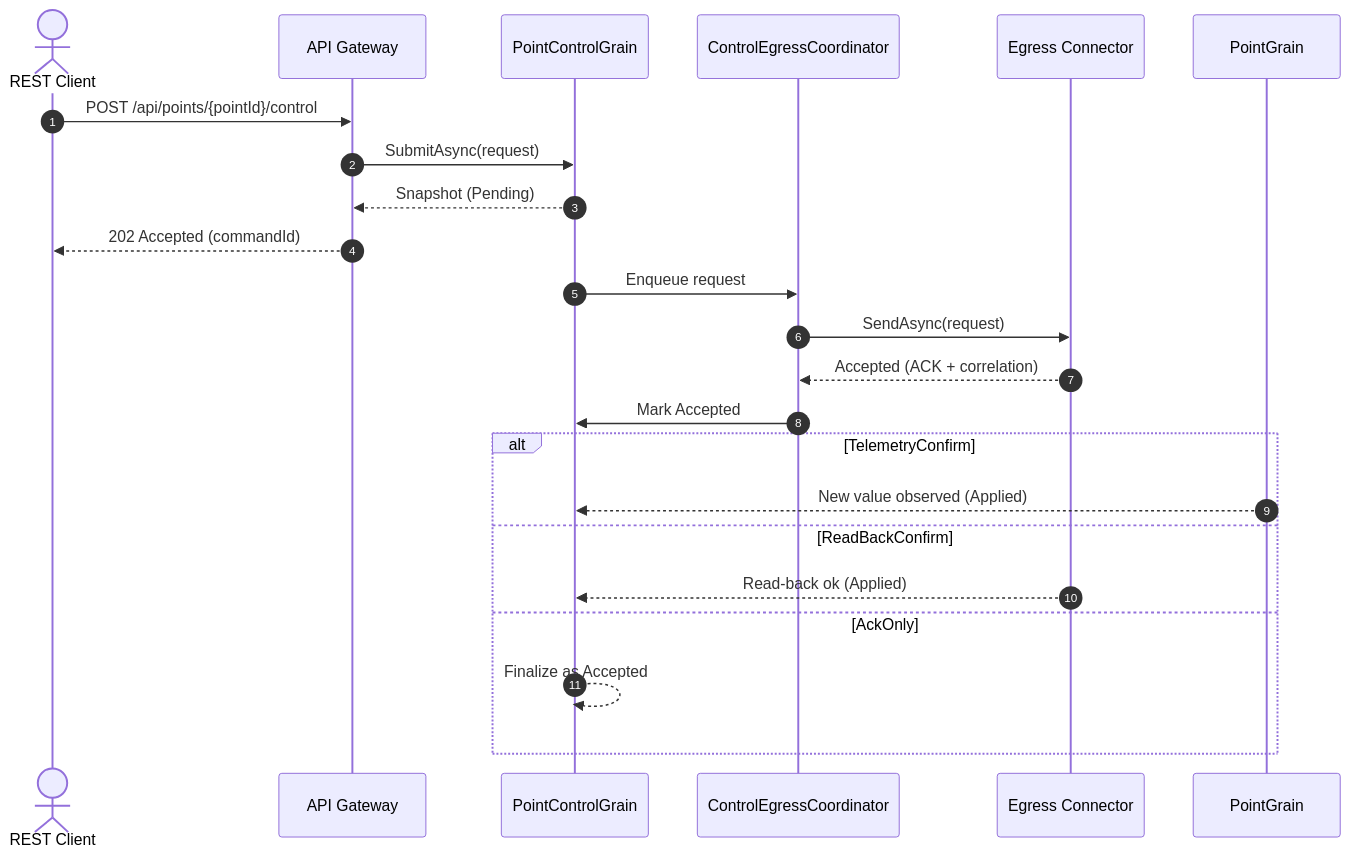
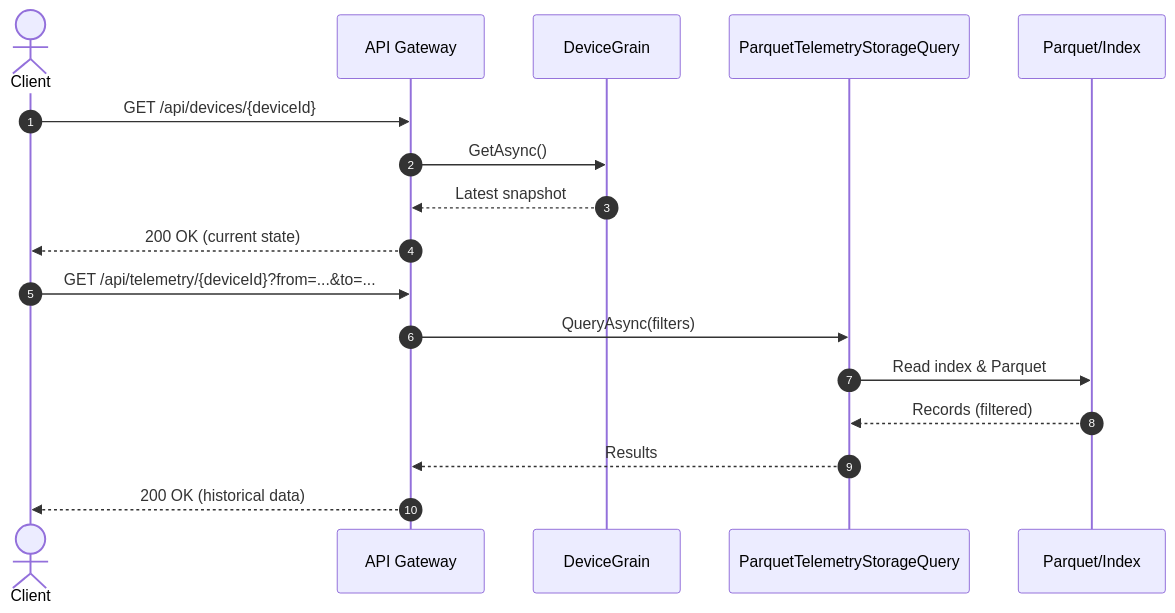
Before and after one commit to takashikasuya/orleans-telemetry-sample: the second of 4 diagrams in README.md, drawn with Mermaid. The commit also changed other lines of this file and 5 other files, not shown here.

````diff
--- a/README.md
+++ b/README.md
@@ -128,28 +372,23 @@
 ```mermaid
 sequenceDiagram
     autonumber
-    actor Client as REST Client
+    actor Client
     participant API as API Gateway
-    participant Ctrl as PointControlGrain
-    participant Egress as ControlEgressCoordinator
-    participant Conn as Egress Connector
-    participant Point as PointGrain
+    participant Dev as DeviceGrain
+    participant Query as ParquetTelemetryStorageQuery
+    participant Parquet as Parquet/Index
 
-    Client->>API: POST /api/points/{pointId}/control
-    API->>Ctrl: SubmitAsync(request)
-    Ctrl-->>API: Snapshot (Pending)
-    API-->>Client: 202 Accepted (commandId)
+    %% Real-time
+    Client->>API: GET /api/devices/{deviceId}
+    API->>Dev: GetAsync()
+    Dev-->>API: Latest snapshot
+    API-->>Client: 200 OK (current state)
 
-    Ctrl->>Egress: Enqueue request
-    Egress->>Conn: SendAsync(request)
-    Conn-->>Egress: Accepted (ACK + correlation)
-    Egress->>Ctrl: Mark Accepted
-
-    alt TelemetryConfirm
-        Point-->>Ctrl: New value observed (Applied)
-    else ReadBackConfirm
-        Conn-->>Ctrl: Read-back ok (Applied)
-    else AckOnly
-        Ctrl-->>Ctrl: Finalize as Accepted
-    end
+    %% Historical
+    Client->>API: GET /api/telemetry/{deviceId}?from=...&to=...
+    API->>Query: QueryAsync(filters)
+    Query->>Parquet: Read index & Parquet
+    Parquet-->>Query: Records (filtered)
+    Query-->>API: Results
+    API-->>Client: 200 OK (historical data)
 ```
````
